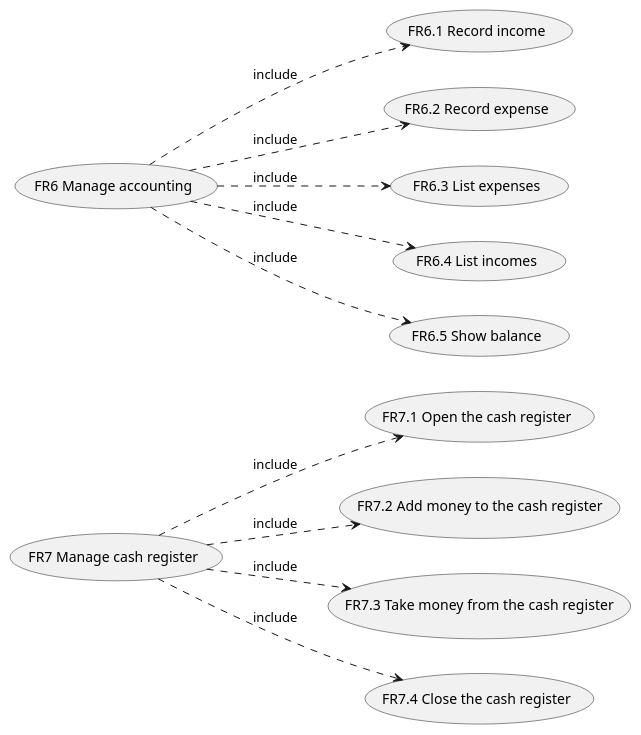
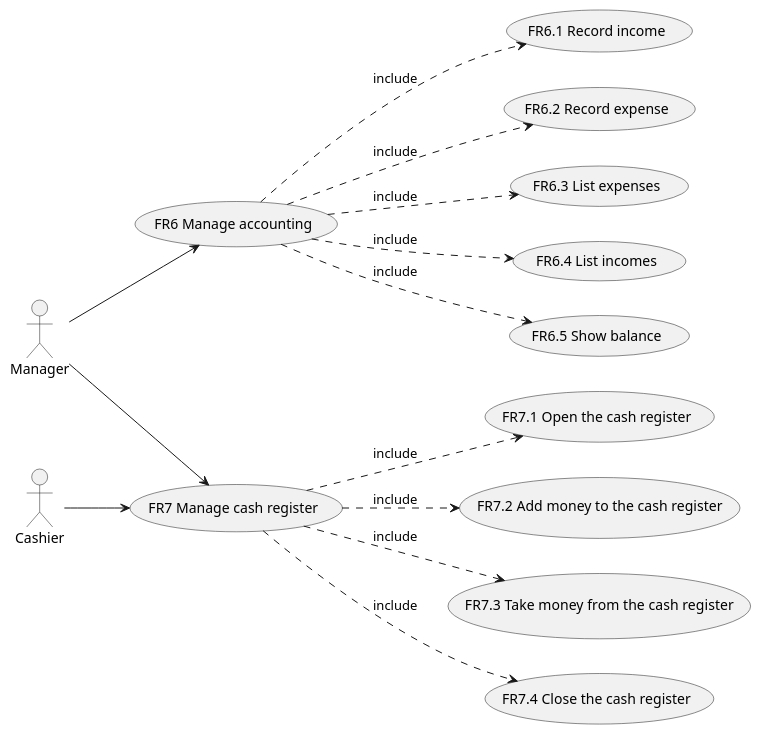
Before and after one commit to giuseppesalvi/ezshop: the sixth of 6 diagrams in Deliverables/RequirementsDocument.md, drawn with PlantUML. The commit also changed other lines of this file, not shown here.

Commit message:
Update RequirementsDocument.md added actors to in detail use case diagram

````diff
--- a/Deliverables/RequirementsDocument.md
+++ b/Deliverables/RequirementsDocument.md
@@ -250,12 +271,17 @@
 ```plantuml
 left to right direction
-(FR7 Manage cash register) .down.> (FR7.1 Open the cash register) :include
-(FR7 Manage cash register) .down.> (FR7.2 Add money to the cash register) :include
-(FR7 Manage cash register) .down.> (FR7.3 Take money from the cash register) :include
-(FR7 Manage cash register) .down.> (FR7.4 Close the cash register) :include
 (FR6 Manage accounting) .down.> (FR6.1 Record income) :include
 (FR6 Manage accounting) .down.> (FR6.2 Record expense) :include
 (FR6 Manage accounting) .down.> (FR6.3 List expenses) :include
 (FR6 Manage accounting) .down.> (FR6.4 List incomes) :include
 (FR6 Manage accounting) .down.> (FR6.5 Show balance) :include
+(FR7 Manage cash register) .down.> (FR7.1 Open the cash register) :include
+(FR7 Manage cash register) .down.> (FR7.2 Add money to the cash register) :include
+(FR7 Manage cash register) .down.> (FR7.3 Take money from the cash register) :include
+(FR7 Manage cash register) .down.> (FR7.4 Close the cash register) :include
+
+
+:Manager: --> (FR6 Manage accounting)
+:Manager: --> (FR7 Manage cash register)
+:Cashier: --> (FR7 Manage cash register)
 ```
````
